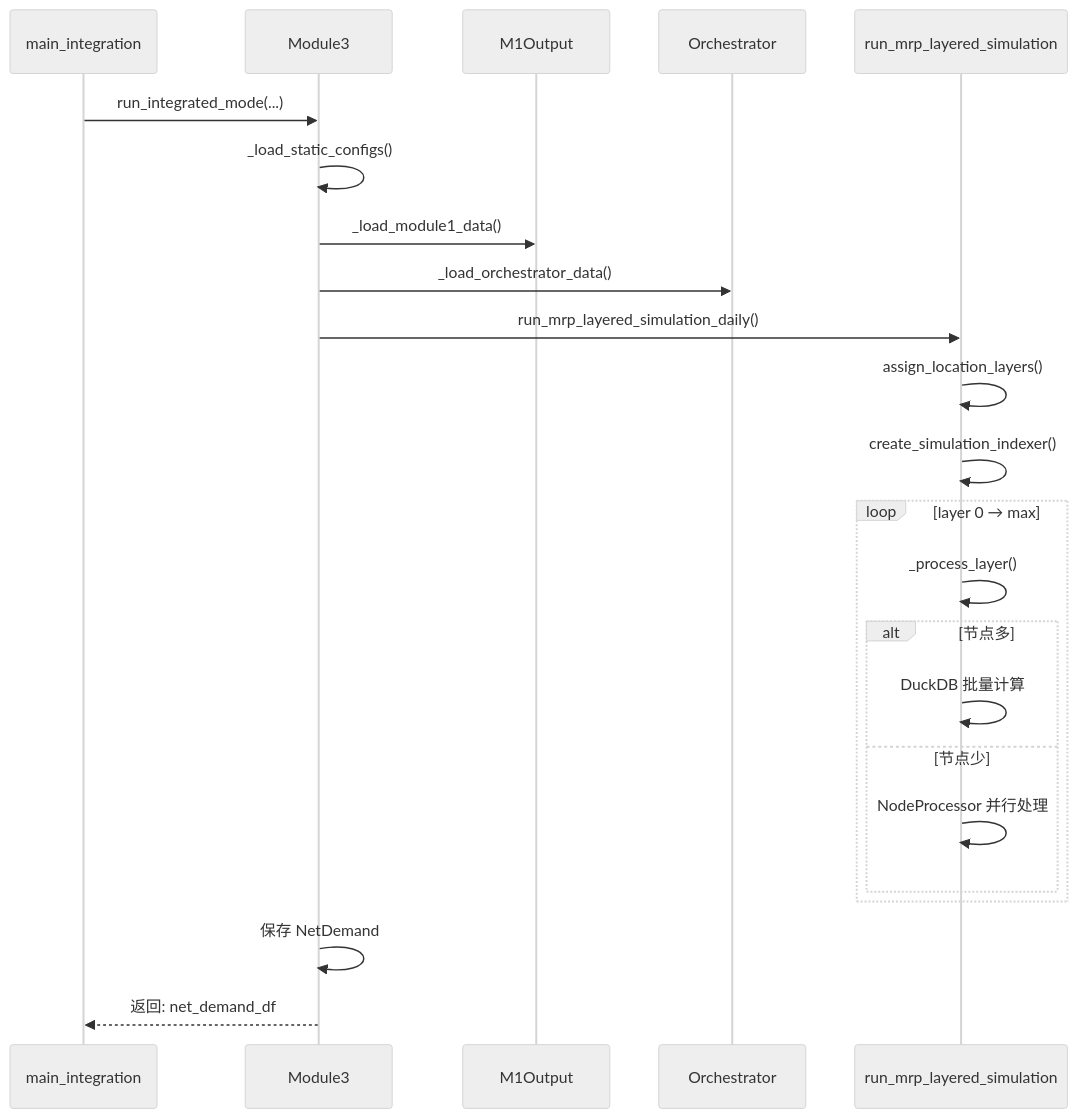
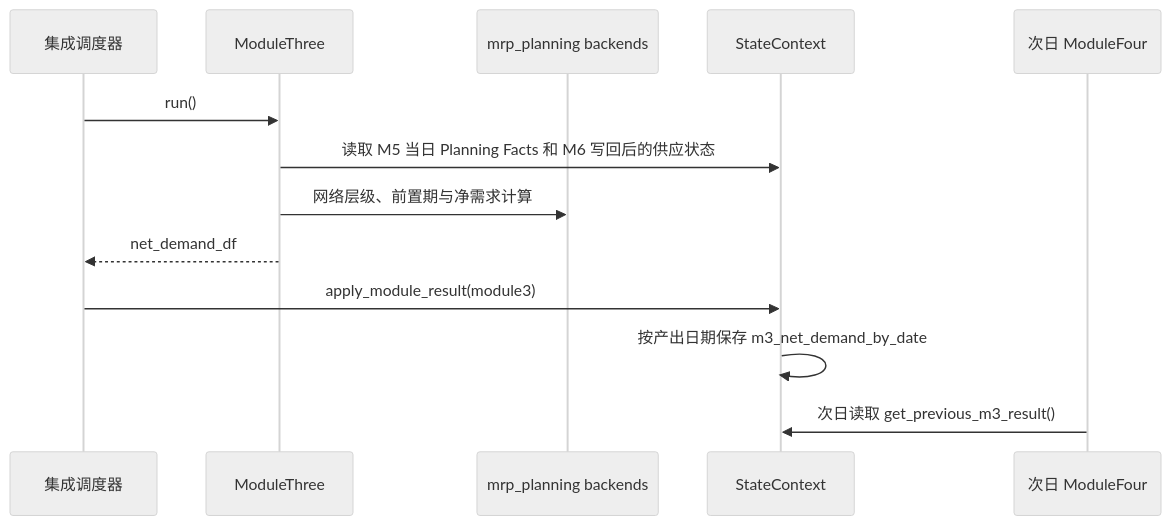
One commit to senzhang-ps/chainsight changed the eighth of 9 diagrams in docs/architecture/module_sequence_diagrams.md. Above: the diagram before and after it, drawn with Mermaid (neutral theme). The commit also changed other lines of this file and 14 other files, not shown here.

````diff
--- a/docs/architecture/module_sequence_diagrams.md
+++ b/docs/architecture/module_sequence_diagrams.md
@@ -301,28 +241,16 @@
 ```mermaid
 sequenceDiagram
-    participant MAIN as main_integration
-    participant M3 as Module3
-    participant M1OUT as M1Output
-    participant ORC as Orchestrator
-    participant SIM as run_mrp_layered_simulation
+    participant I as 集成调度器
+    participant M3 as ModuleThree
+    participant B as mrp_planning backends
+    participant S as StateContext
+    participant M4 as 次日 ModuleFour
 
-    MAIN->>M3: run_integrated_mode(...)
-    M3->>M3: _load_static_configs()
-    M3->>M1OUT: _load_module1_data()
-    M3->>ORC: _load_orchestrator_data()
-    M3->>SIM: run_mrp_layered_simulation_daily()
-    SIM->>SIM: assign_location_layers()
-    SIM->>SIM: create_simulation_indexer()
-
-    loop layer 0 → max
-        SIM->>SIM: _process_layer()
-        alt 节点多
-            SIM->>SIM: DuckDB 批量计算
-        else 节点少
-            SIM->>SIM: NodeProcessor 并行处理
-        end
-    end
-
-    M3->>M3: 保存 NetDemand
-    M3-->>MAIN: 返回: net_demand_df
+    I->>M3: run()
+    M3->>S: 读取 M5 当日 Planning Facts 和 M6 写回后的供应状态
+    M3->>B: 网络层级、前置期与净需求计算
+    M3-->>I: net_demand_df
+    I->>S: apply_module_result(module3)
+    S->>S: 按产出日期保存 m3_net_demand_by_date
+    M4->>S: 次日读取 get_previous_m3_result()
 ```
````
